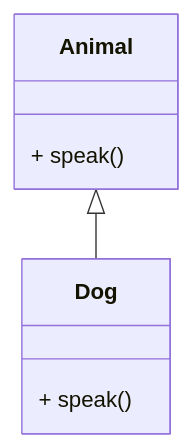
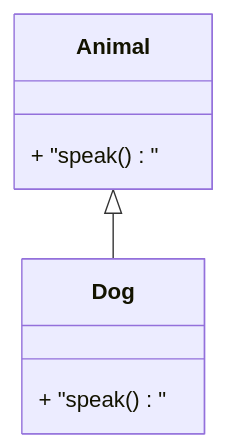
Before and after one commit to 42jerrykim/42jerrykim.github.io: the fourth of 15 diagrams in content/post/2024/2024-11-08-python-oop/index.md, drawn with Mermaid. The commit also changed other lines of this file and 239 other files, not shown here.

````diff
--- a/content/post/2024/2024-11-08-python-oop/index.md
+++ b/content/post/2024/2024-11-08-python-oop/index.md
@@ -300,10 +346,10 @@
 ```mermaid
 classDiagram
     class Animal {
-        + speak()
+        + "speak()"
     }
     class Dog {
-        + speak()
+        + "speak()"
     }
     Animal <|-- Dog
 ```
````
